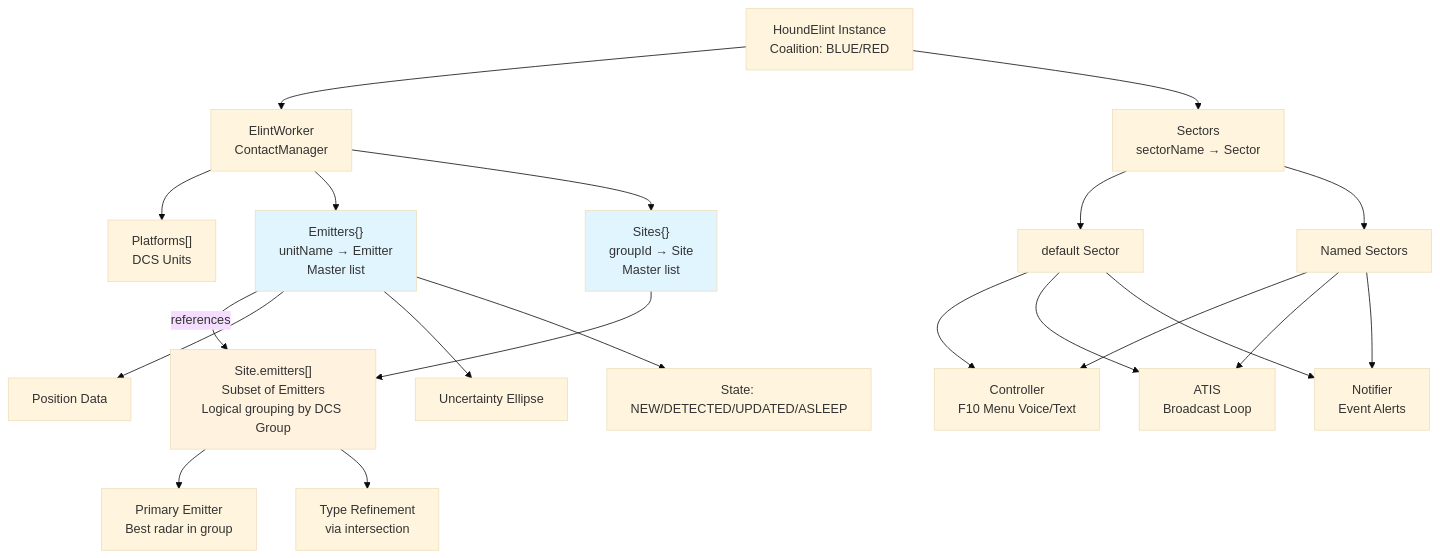
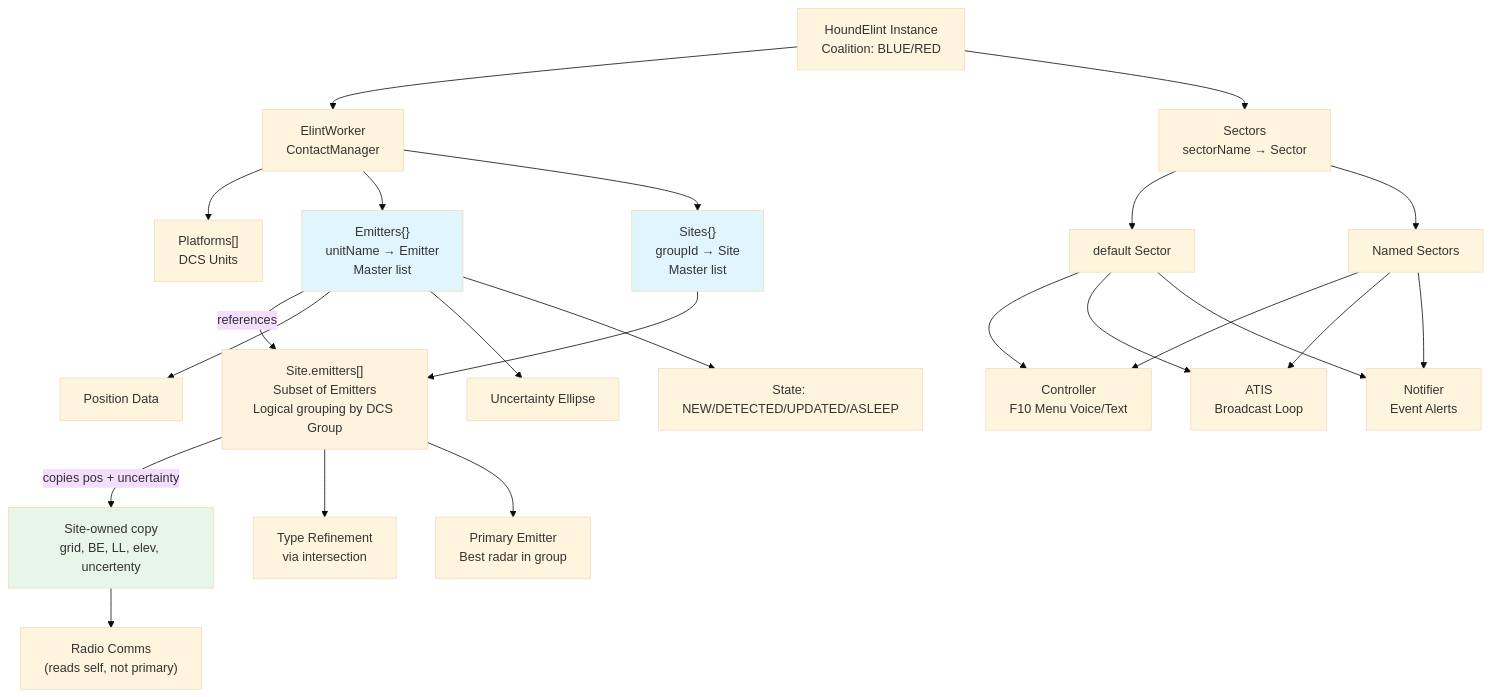
One commit to uriba107/DCS-Hound changed the first of 3 diagrams in docs/architecture.md. Above: the diagram before and after it, drawn with Mermaid (base theme). The commit also changed other lines of this file and 7 other files, not shown here.

````diff
--- a/docs/architecture.md
+++ b/docs/architecture.md
@@ -21,34 +21,38 @@
 ```mermaid
 graph TD
     A["HoundElint Instance<br/>Coalition: BLUE/RED"] --> B["ElintWorker<br/>ContactManager"]
     A --> C["Sectors<br/>sectorName → Sector"]
 
     B --> D["Platforms[]<br/>DCS Units"]
     B --> E["Emitters{}<br/>unitName → Emitter<br/>Master list"]
     B --> F["Sites{}<br/>groupId → Site<br/>Master list"]
 
     E -->|references| G["Site.emitters[]<br/>Subset of Emitters<br/>Logical grouping by DCS Group"]
     F --> G
 
     C --> H["default Sector"]
     C --> I["Named Sectors"]
 
     H --> J["Controller<br/>F10 Menu Voice/Text"]
     H --> K["ATIS<br/>Broadcast Loop"]
     H --> L["Notifier<br/>Event Alerts"]
 
     I --> J
     I --> K
     I --> L
 
     E --> M["Position Data"]
     E --> N["Uncertainty Ellipse"]
     E --> O["State: NEW/DETECTED/UPDATED/ASLEEP"]
 
-    G --> P["Primary Emitter<br/>Best radar in group"]
+    G -->|copies pos + uncertainty| P["Site-owned copy<br/>grid, BE, LL, elev, uncertenty"]
     G --> Q["Type Refinement<br/>via intersection"]
+    G --> R["Primary Emitter<br/>Best radar in group"]
+
+    P --> S["Radio Comms<br/>(reads self, not primary)"]
 
     style E fill:#e1f5ff
     style F fill:#e1f5ff
     style G fill:#fff3e0
+    style P fill:#e8f5e9
 ```
````
